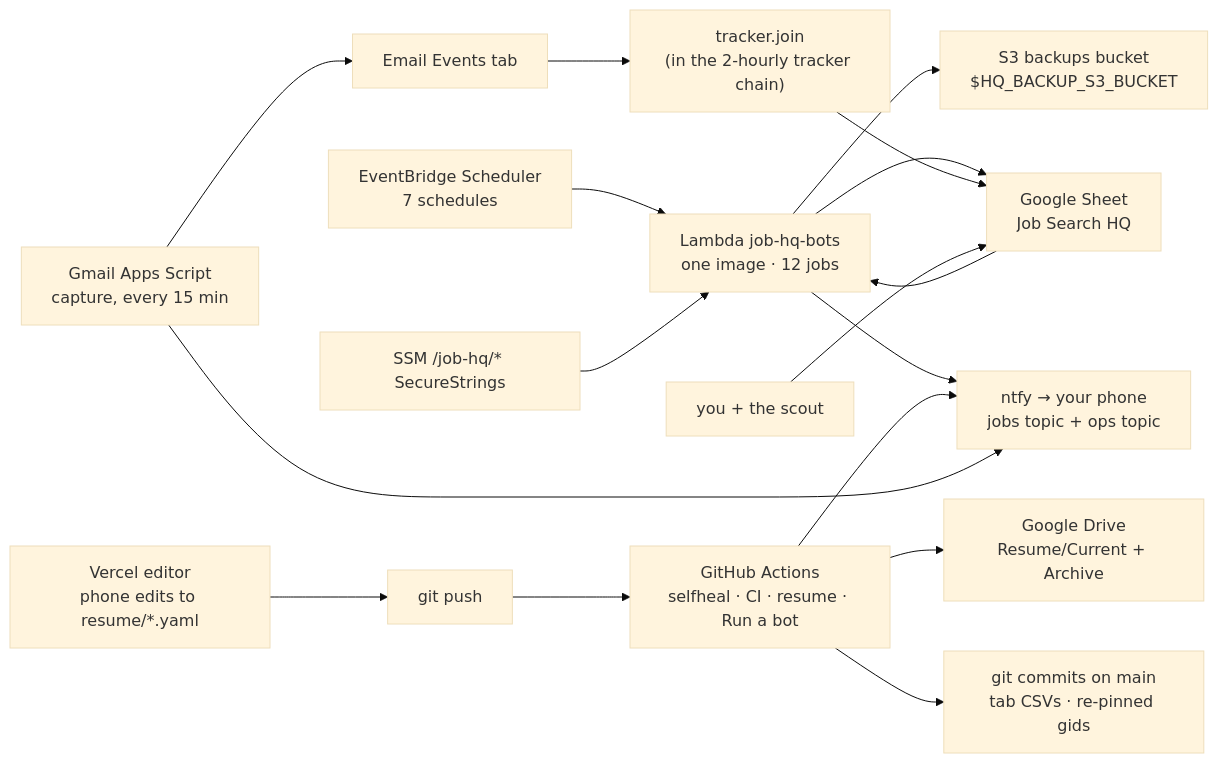
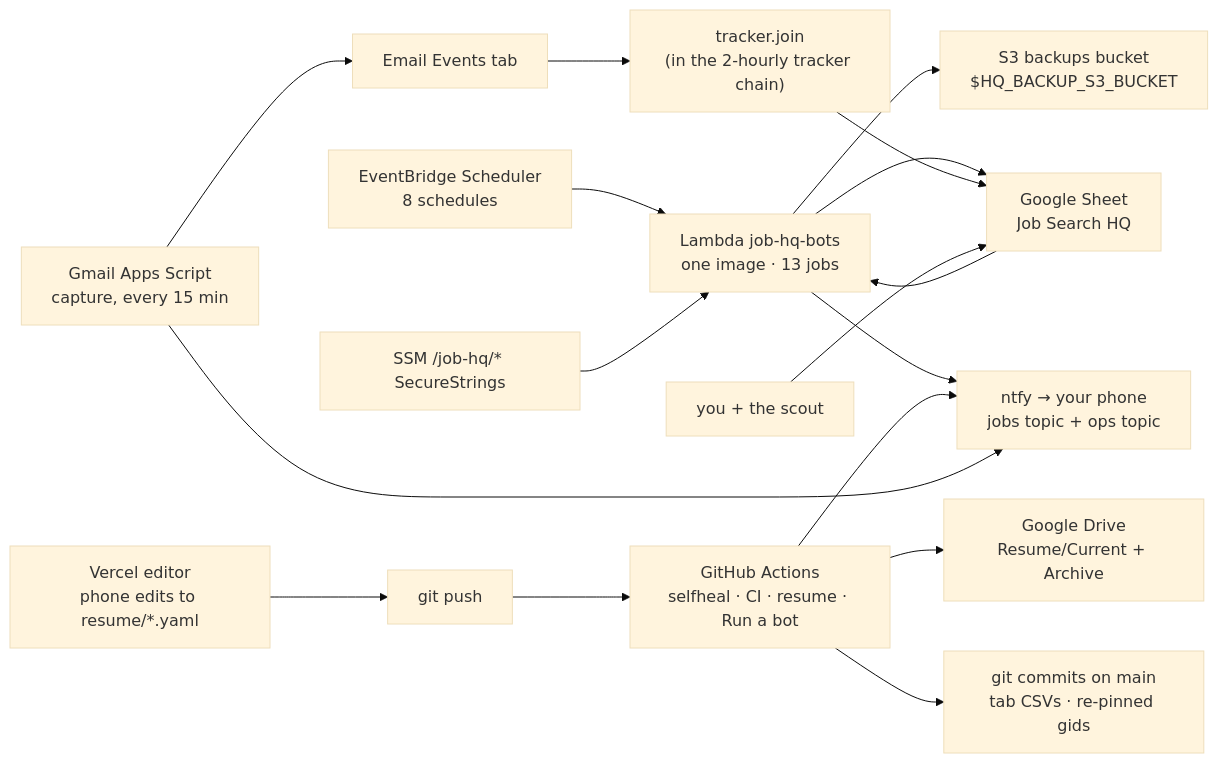
One commit to s0shaheen/job-hq changed the first of 2 diagrams in docs/SYSTEM.md. Above: the diagram before and after it, drawn with Mermaid (base theme). The commit also changed other lines of this file and 15 other files, not shown here.

````diff
--- a/docs/SYSTEM.md
+++ b/docs/SYSTEM.md
@@ -172,17 +172,17 @@
 ```mermaid
 flowchart LR
-    EB["EventBridge Scheduler<br/>7 schedules"] --> LAM["Lambda job-hq-bots<br/>one image · 12 jobs"]
+    EB["EventBridge Scheduler<br/>8 schedules"] --> LAM["Lambda job-hq-bots<br/>one image · 13 jobs"]
     SSM["SSM /job-hq/* SecureStrings"] --> LAM
     LAM --> SHEET["Google Sheet<br/>Job Search HQ"]
     LAM --> S3["S3 backups bucket<br/>$HQ_BACKUP_S3_BUCKET"]
     LAM --> NTFY["ntfy → your phone<br/>jobs topic + ops topic"]
     ACT["GitHub Actions<br/>selfheal · CI · resume · Run a bot"] --> GIT["git commits on main<br/>tab CSVs · re-pinned gids"]
     ACT --> DRIVE["Google Drive<br/>Resume/Current + Archive"]
     ACT --> NTFY
     GS["Gmail Apps Script<br/>capture, every 15 min"] --> EV["Email Events tab"]
     EV --> JOIN["tracker.join<br/>(in the 2-hourly tracker chain)"] --> SHEET
     GS --> NTFY
     ED["Vercel editor<br/>phone edits to resume/*.yaml"] --> PUSH["git push"] --> ACT
     HUMAN["you + the scout"] --> SHEET
     SHEET --> LAM
 ```
````
